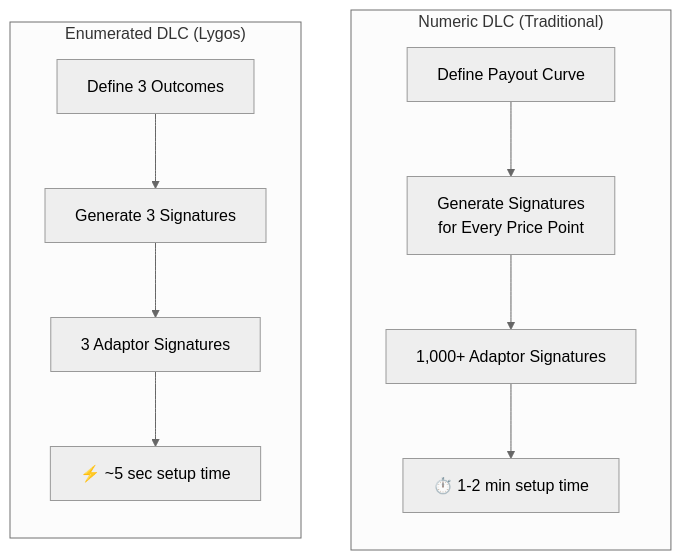
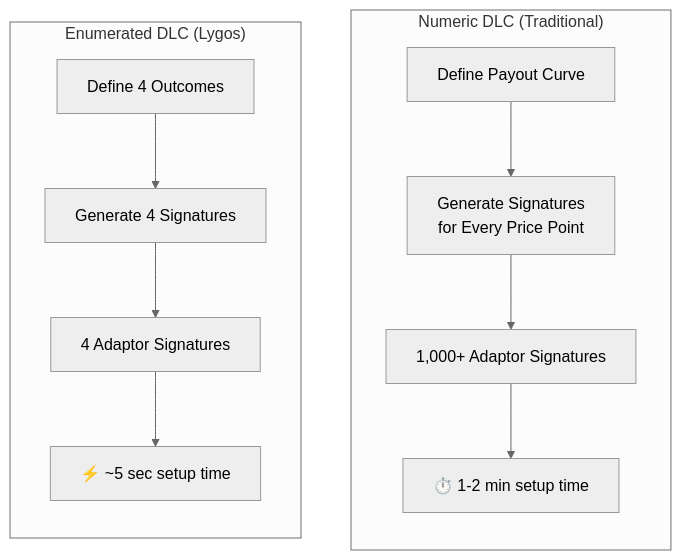
Before and after one commit to matthewjablack/mblack.io: the second of 7 diagrams in _posts/2025-02-10-lygos-finance-dlc-lending-simplified-enumerated-outcomes.md, drawn with Mermaid (neutral theme). The commit also changed other lines of this file, not shown here.

Commit message:
feat: update dlc lending for 4 outcomes (#7)

````diff
--- a/_posts/2025-02-10-lygos-finance-dlc-lending-simplified-enumerated-outcomes.md
+++ b/_posts/2025-02-10-lygos-finance-dlc-lending-simplified-enumerated-outcomes.md
@@ -48,16 +51,16 @@
 ```mermaid
 flowchart TB
     subgraph Numeric["Numeric DLC (Traditional)"]
         direction TB
         N1[Define Payout Curve] --> N2[Generate Signatures<br/>for Every Price Point]
         N2 --> N3[1,000+ Adaptor Signatures]
         N3 --> N4[⏱️ 1-2 min setup time]
     end
 
     subgraph Enumerated["Enumerated DLC (Lygos)"]
         direction TB
-        E1[Define 3 Outcomes] --> E2[Generate 3 Signatures]
-        E2 --> E3[3 Adaptor Signatures]
+        E1[Define 4 Outcomes] --> E2[Generate 4 Signatures]
+        E2 --> E3[4 Adaptor Signatures]
         E3 --> E4[⚡ ~5 sec setup time]
     end
 ```
````
